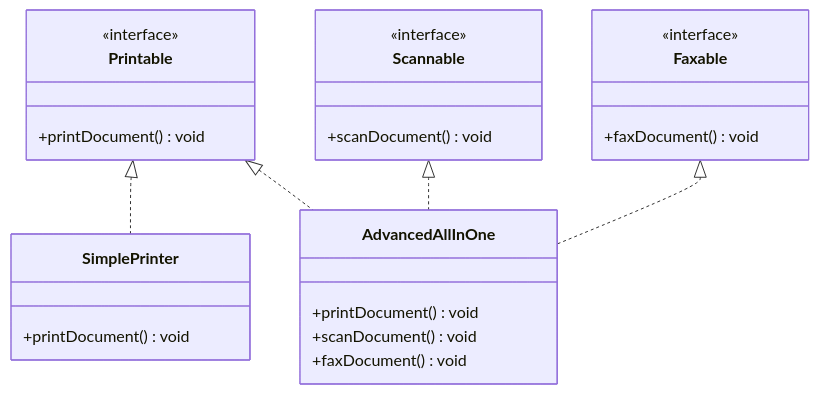
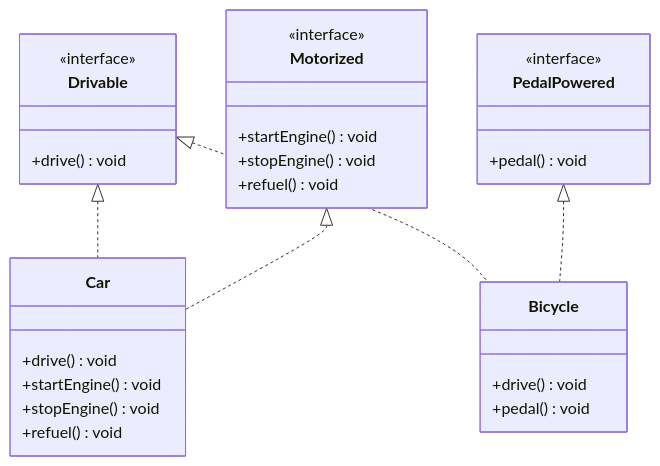
Before and after one commit to rohithgowda18/Notes: the third of 4 diagrams in 04-OOPs-and-Design-Patterns/02-SOLID-Principles/06-SOLID-Design-Principles-Part-2.md, drawn with Mermaid. The commit also changed other lines of this file and 17 other files, not shown here.

Commit message:
docs(lld): enrich notes with deep architectural analysis, diagrams, anti-patterns & code

````diff
--- a/04-OOPs-and-Design-Patterns/02-SOLID-Principles/06-SOLID-Design-Principles-Part-2.md
+++ b/04-OOPs-and-Design-Patterns/02-SOLID-Principles/06-SOLID-Design-Principles-Part-2.md
@@ -102,29 +186,33 @@
 ```mermaid
 classDiagram
-    class Printable {
+    class Drivable {
         <<interface>>
-        +printDocument() void
+        +drive() void
     }
-    class Scannable {
+    class Motorized {
         <<interface>>
-        +scanDocument() void
+        +startEngine() void
+        +stopEngine() void
+        +refuel() void
     }
-    class Faxable {
+    class PedalPowered {
         <<interface>>
-        +faxDocument() void
+        +pedal() void
     }
 
-    class SimplePrinter {
-        +printDocument() void
+    class Car {
+        +drive() void
+        +startEngine() void
+        +stopEngine() void
+        +refuel() void
     }
-    class AdvancedAllInOne {
-        +printDocument() void
-        +scanDocument() void
-        +faxDocument() void
+    class Bicycle {
+        +drive() void
+        +pedal() void
     }
 
-    Printable <|.. SimplePrinter
-    Printable <|.. AdvancedAllInOne
-    Scannable <|.. AdvancedAllInOne
-    Faxable <|.. AdvancedAllInOne
+    Drivable <|.. Car
+    Motorized <|.. Car
+    Drivable <|.. Bicycle
+    PedalPowered <|.. Bicycle
 ```
````
